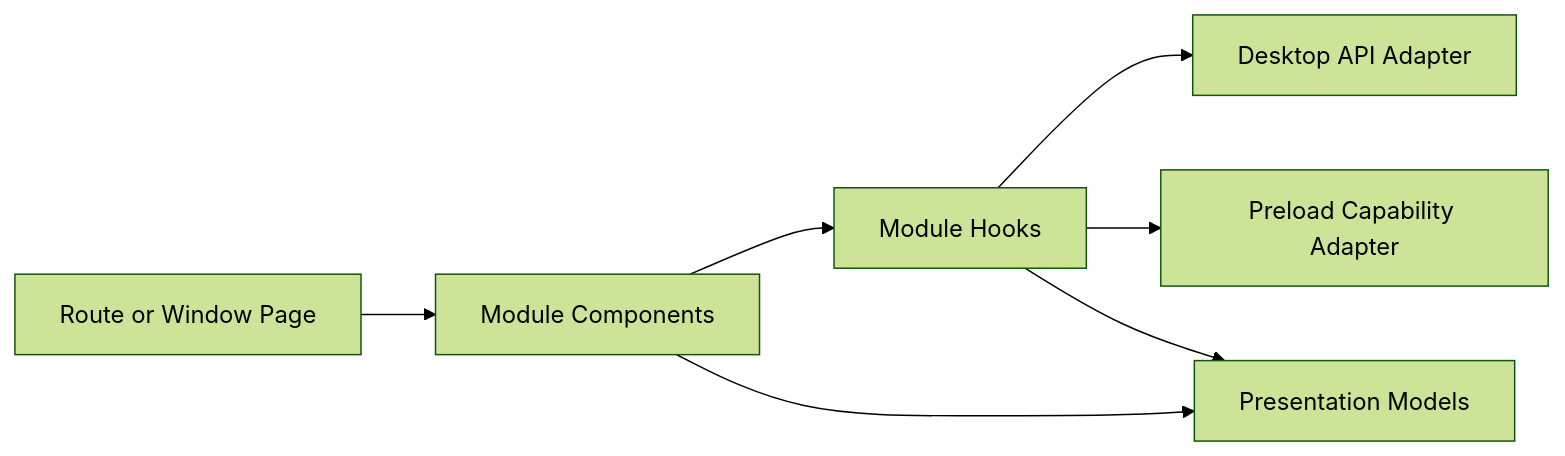
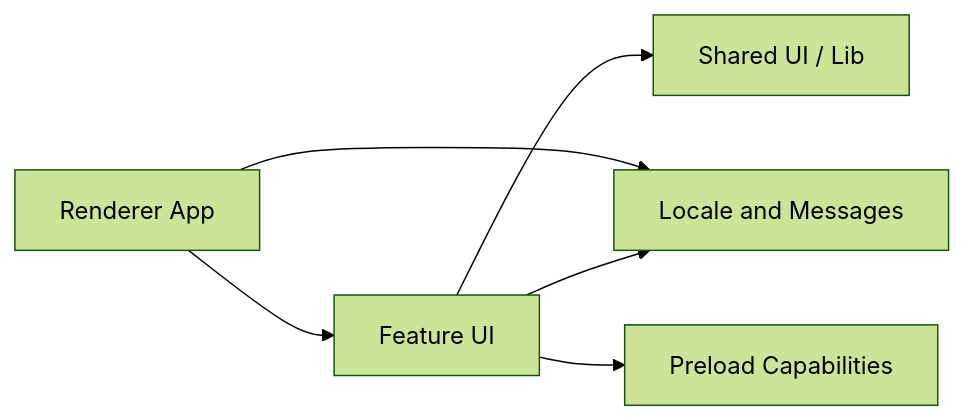
The second of 2 diagrams in apps/desktop/docs/architecture.md (hataketed7977/taskpilot), drawn with Mermaid (forest theme) before and after one commit. The commit also changed other lines of this file and 122 other files, not shown here.

````diff
--- a/apps/desktop/docs/architecture.md
+++ b/apps/desktop/docs/architecture.md
@@ -114,16 +122,14 @@
 ```mermaid
 flowchart LR
-    page["Route or Window Page"]
-    component["Module Components"]
-    hook["Module Hooks"]
-    model["Presentation Models"]
-    cloud["Desktop API Adapter"]
-    native["Preload Capability Adapter"]
+    app["Renderer App"]
+    feature["Feature UI"]
+    shared["Shared UI / Lib"]
+    i18n["Locale and Messages"]
+    preload["Preload Capabilities"]
 
-    page --> component
-    component --> hook
-    component --> model
-    hook --> cloud
-    hook --> native
-    hook --> model
+    app --> feature
+    app --> i18n
+    feature --> shared
+    feature --> i18n
+    feature --> preload
 ```
````
